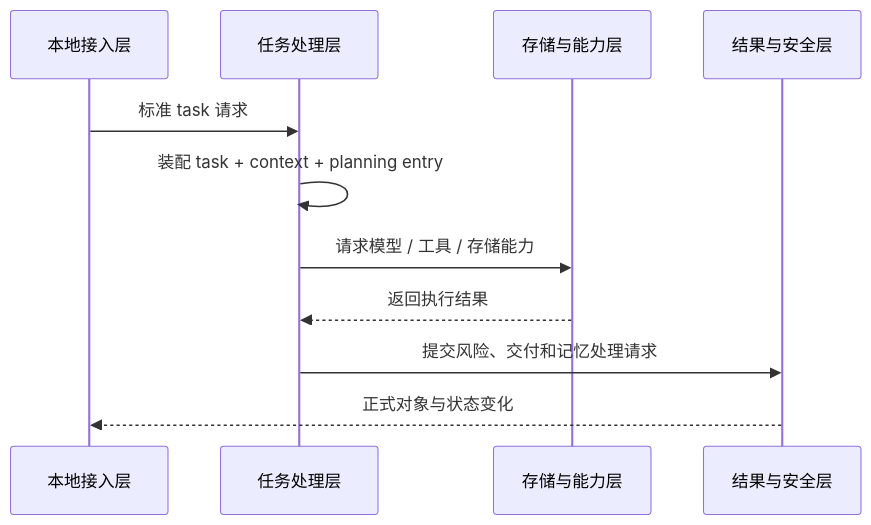
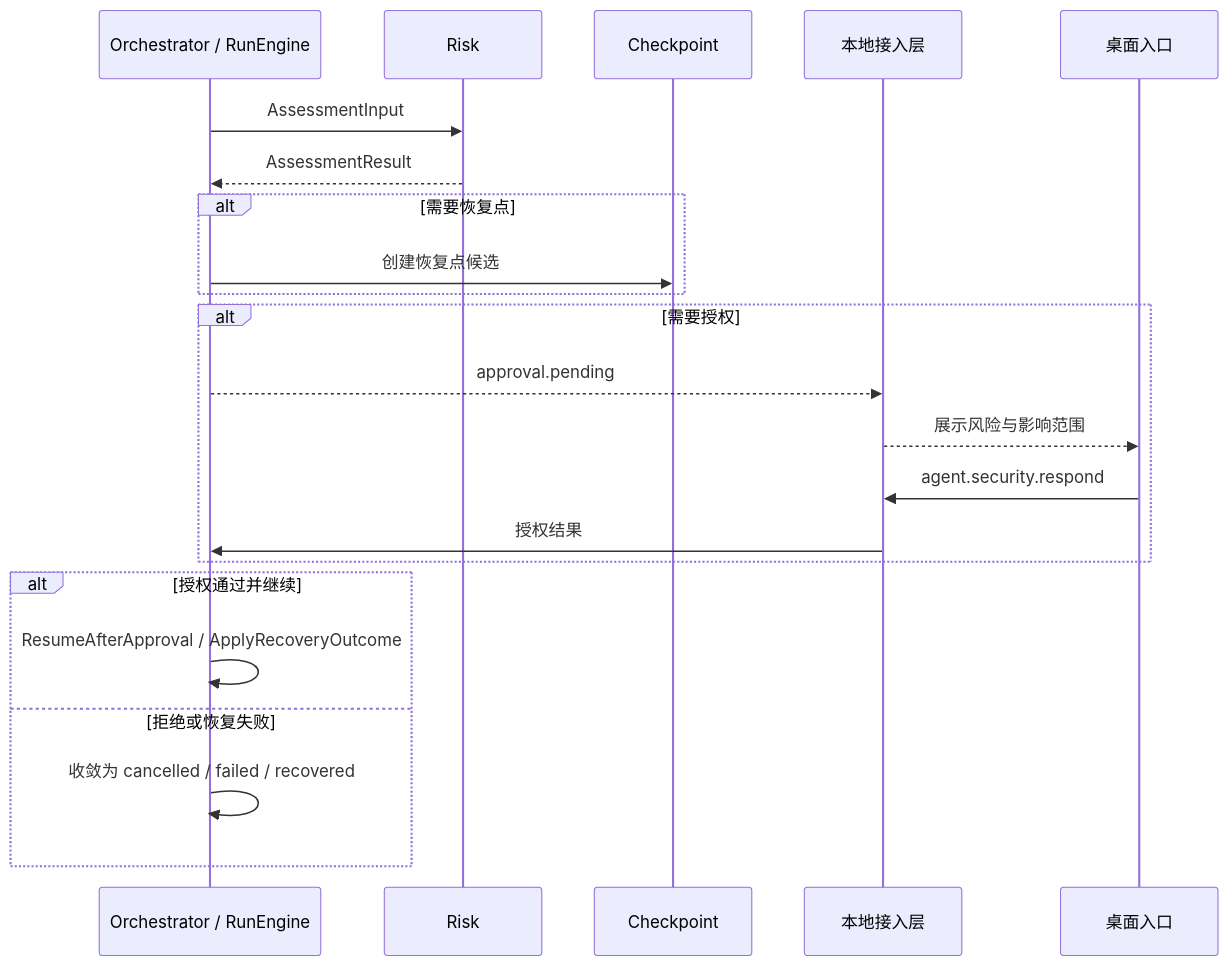
One commit to Blackcloudss/CialloClaw changed the fourth of 5 diagrams in docs/architecture-overview.md. Above: the diagram before and after it, drawn with Mermaid. The commit also changed other lines of this file, not shown here.

Commit message:
docs(architecture): replace overview with v7 baseline

````diff
--- a/docs/architecture-overview.md
+++ b/docs/architecture-overview.md
@@ -431,14 +336,25 @@
 ```mermaid
 sequenceDiagram
-    participant ACCESS as 本地接入层
-    participant TASK as 任务处理层
-    participant SUP as 存储与能力层
-    participant SAFE as 结果与安全层
+    participant RUN as Orchestrator / RunEngine
+    participant RISK as Risk
+    participant CKPT as Checkpoint
+    participant RPC as 本地接入层
+    participant UI as 桌面入口
 
-    ACCESS->>TASK: 标准 task 请求
-    TASK->>TASK: 装配 task + context + planning entry
-    TASK->>SUP: 请求模型 / 工具 / 存储能力
-    SUP-->>TASK: 返回执行结果
-    TASK->>SAFE: 提交风险、交付和记忆处理请求
-    SAFE-->>ACCESS: 正式对象与状态变化
+    RUN->>RISK: AssessmentInput
+    RISK-->>RUN: AssessmentResult
+    alt 需要恢复点
+        RUN->>CKPT: 创建恢复点候选
+    end
+    alt 需要授权
+        RUN-->>RPC: approval.pending
+        RPC-->>UI: 展示风险与影响范围
+        UI->>RPC: agent.security.respond
+        RPC->>RUN: 授权结果
+    end
+    alt 授权通过并继续
+        RUN->>RUN: ResumeAfterApproval / ApplyRecoveryOutcome
+    else 拒绝或恢复失败
+        RUN->>RUN: 收敛为 cancelled / failed / recovered
+    end
 ```
````
